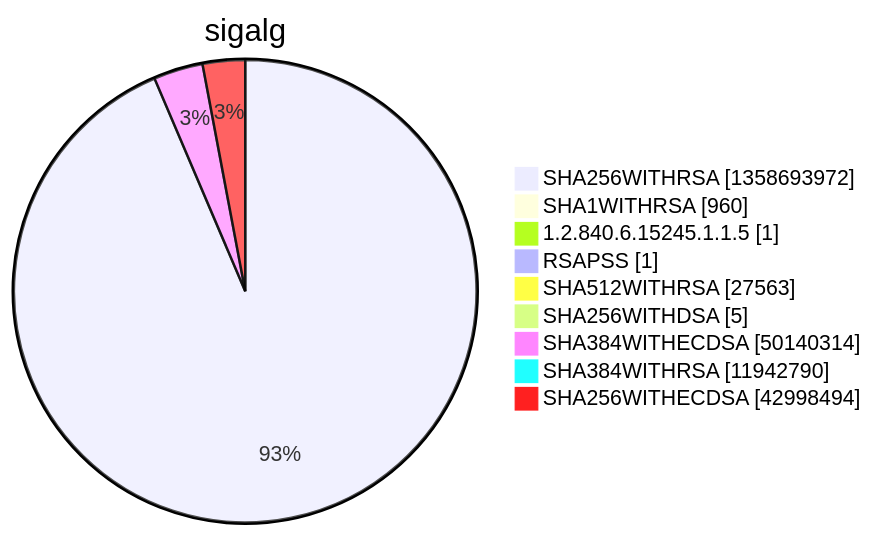
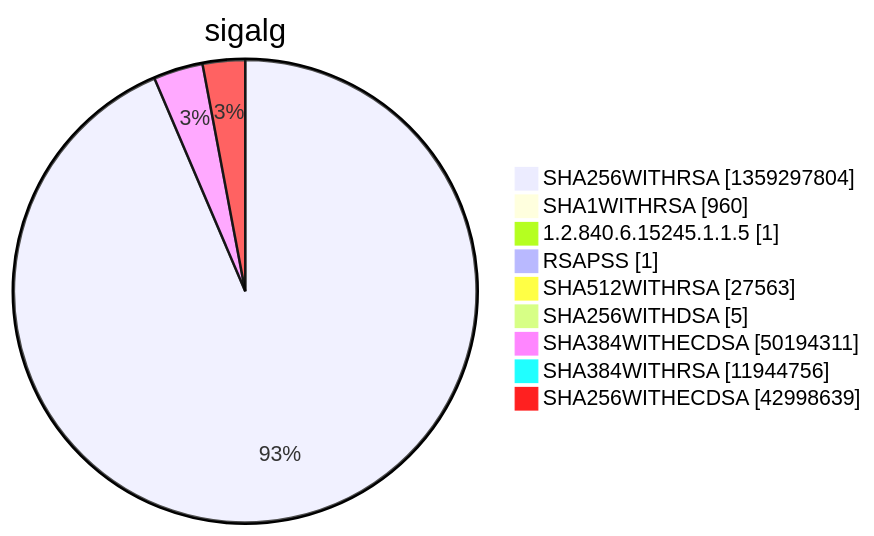
Diagram 15 of 15 in argon2022/README.md (christiankrug/ctmonitor_visualization), drawn with Mermaid before and after one commit. The commit also changed other lines of this file, not shown here.

````diff
--- a/argon2022/README.md
+++ b/argon2022/README.md
@@ -5524,13 +5524,13 @@
 ```mermaid
 pie showData
 title sigalg
-"SHA256WITHRSA" :1358693972
+"SHA256WITHRSA" :1359297804
 "SHA1WITHRSA" :960
 "1.2.840.6.15245.1.1.5" :1
 "RSAPSS" :1
 "SHA512WITHRSA" :27563
 "SHA256WITHDSA" :5
-"SHA384WITHECDSA" :50140314
-"SHA384WITHRSA" :11942790
-"SHA256WITHECDSA" :42998494
+"SHA384WITHECDSA" :50194311
+"SHA384WITHRSA" :11944756
+"SHA256WITHECDSA" :42998639
 ```
````
